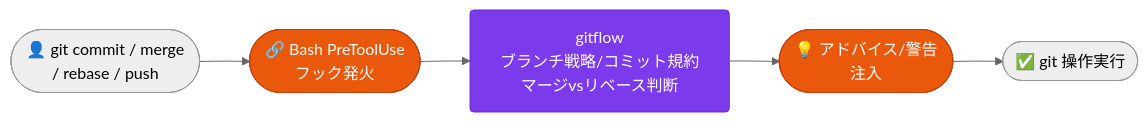
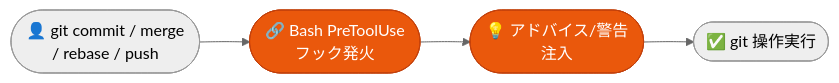
The tenth of 12 diagrams in README.md (aokumablue/claq), drawn with Mermaid (neutral theme) before and after one commit. The commit also changed other lines of this file and 2 other files, not shown here.

Commit message:
docs: README/reviewer/planner の文書ドリフトを解消
README: 「Commands (10)」を実数9に統一（同ファイル内の別図は既に9と正記載で自己矛盾していた）。
WF-10のmermaid図から実在しないgitflowスキルノードを削除（該当スキルは存在せず、
実際のフックはblock_no_verify/pre_bash_commit_qualityのアドバイス注入のみ）。

reviewer.md: 承認基準「Warning = HIGHのみ」を削除しHIGHをBlock扱いに統一。
BLOCKER見出しの分類(CRITICAL|HIGH)と矛盾していた。

planner.md: 計画出力例が実在しない mem/search.py・tests/mem/test_search.py を
参照していたため、実装が存在する mem/cli.py・tests/mem/test_cli.py に修正。

````diff
--- a/README.md
+++ b/README.md
@@ -448,10 +448,8 @@
 ```mermaid
 flowchart LR
   classDef auto   fill:#ea580c,stroke:#c2410c,color:#fff,rx:4
-  classDef skill  fill:#7c3aed,stroke:#6d28d9,color:#fff,rx:4
 
   U(["👤 git commit / merge<br/>/ rebase / push"]) --> HK(["🔗 Bash PreToolUse<br/>フック発火"]):::auto
-  HK --> SF["gitflow<br/>ブランチ戦略/コミット規約<br/>マージvsリベース判断"]:::skill
-  SF --> ADV(["💡 アドバイス/警告<br/>注入"]):::auto
+  HK --> ADV(["💡 アドバイス/警告<br/>注入"]):::auto
   ADV --> GO(["✅ git 操作実行"])
 ```
````
